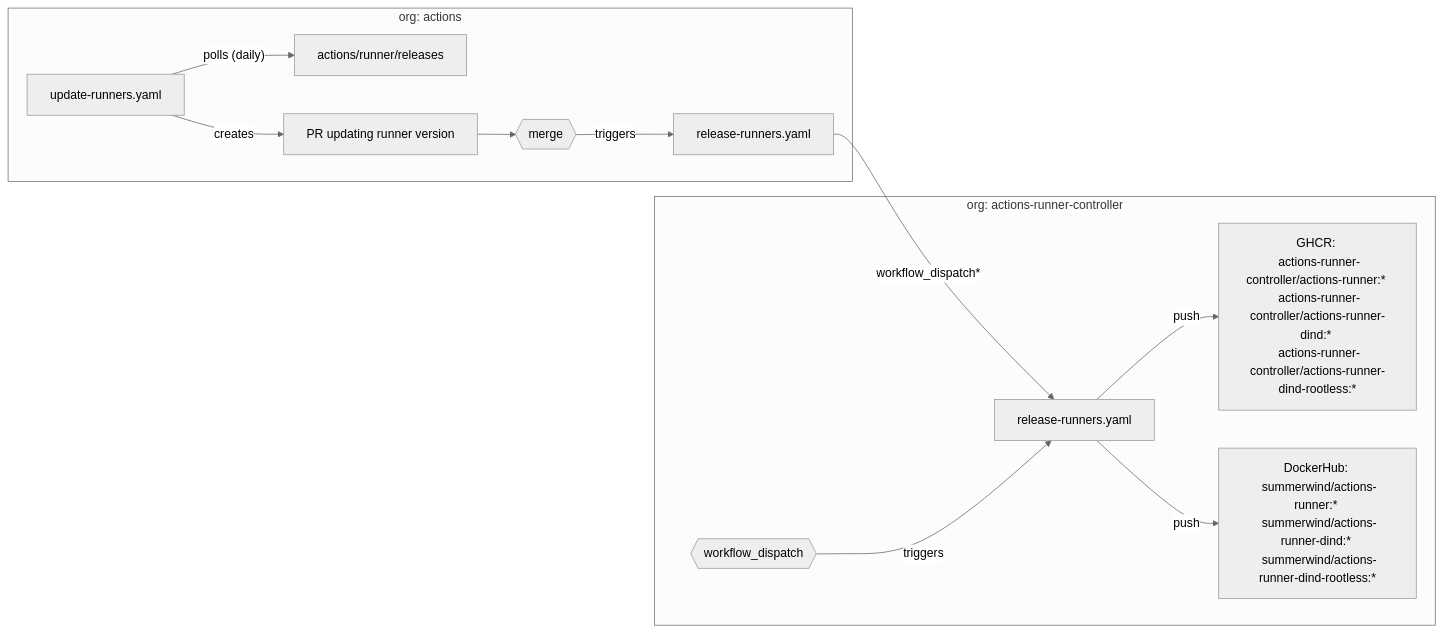
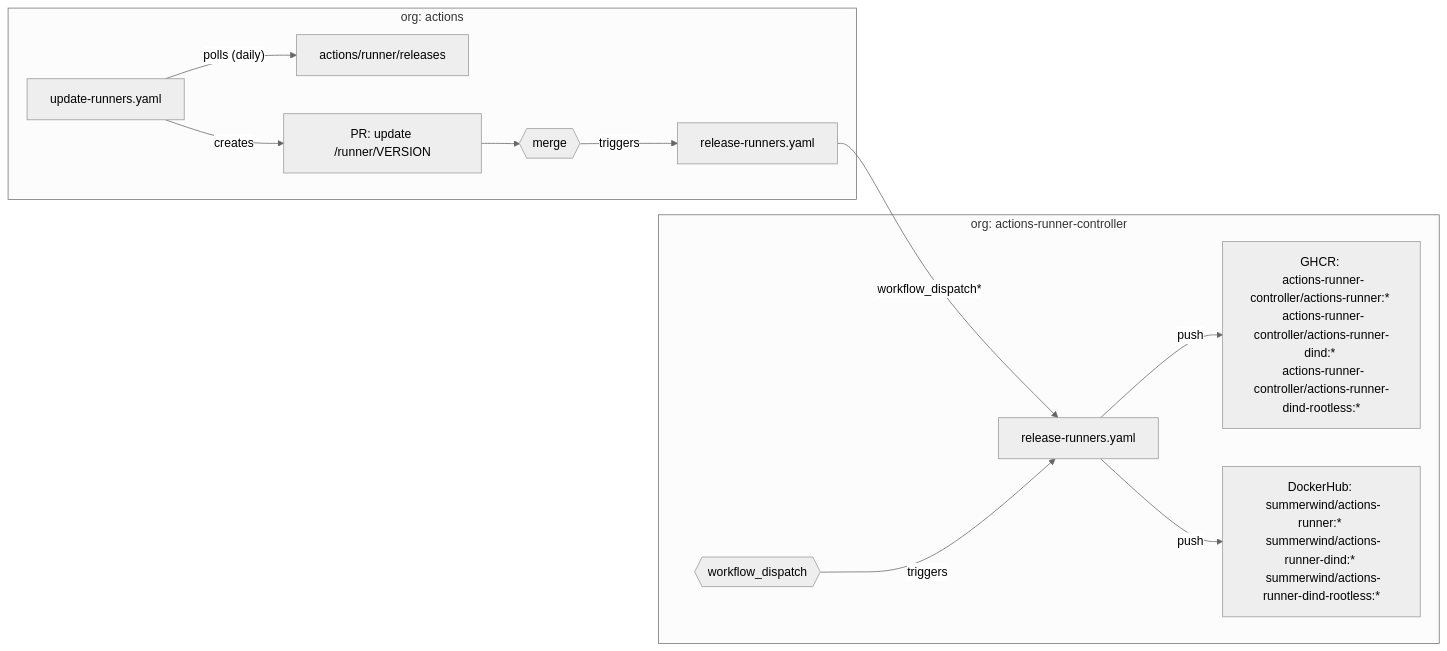
Before and after one commit to actions-runner-controller/releases: the first of 3 diagrams in README.md, drawn with Mermaid (neutral theme).

````diff
--- a/README.md
+++ b/README.md
@@ -11,15 +11,15 @@
 ```mermaid
 flowchart LR
     workflow["release-runners.yaml"] -- workflow_dispatch* --> workflow_b["release-runners.yaml"]
     subgraph org: actions
     update_runners_workflow["update-runners.yaml"] -- polls (daily) --> runner_releases["actions/runner/releases"]
-    update_runners_workflow -- creates --> runner_update_pr["PR updating runner version"]
+    update_runners_workflow -- creates --> runner_update_pr["PR: update /runner/VERSION"]
     runner_update_pr --> runner_update_pr_merge{{"merge"}}
     runner_update_pr_merge -- triggers --> workflow["release-runners.yaml"]
     end
     subgraph org: actions-runner-controller
     workflow_b["release-runners.yaml"] -- push --> A["GHCR: \n actions-runner-controller/actions-runner:* \n actions-runner-controller/actions-runner-dind:* \n actions-runner-controller/actions-runner-dind-rootless:*"]
     workflow_b["release-runners.yaml"] -- push --> B["DockerHub: \n summerwind/actions-runner:* \n summerwind/actions-runner-dind:* \n summerwind/actions-runner-dind-rootless:*"]
     event_b{{"workflow_dispatch"}} -- triggers --> workflow_b["release-runners.yaml"]
     end
 ```
````
